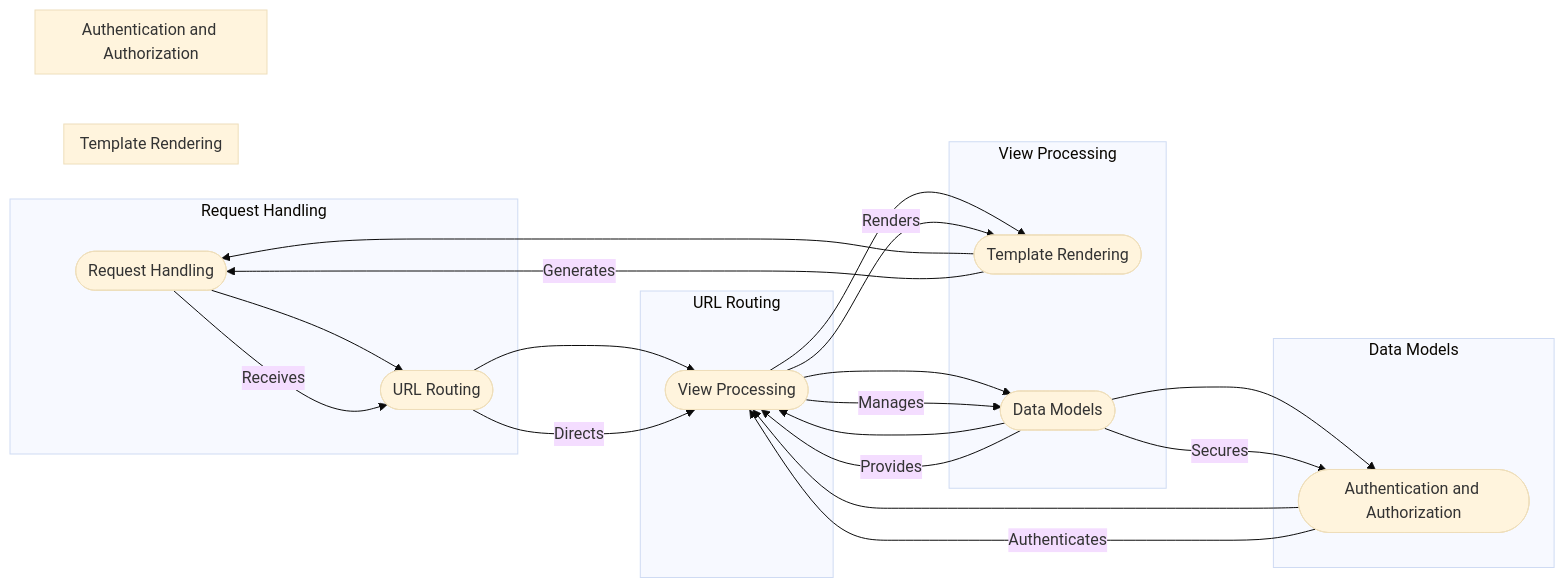
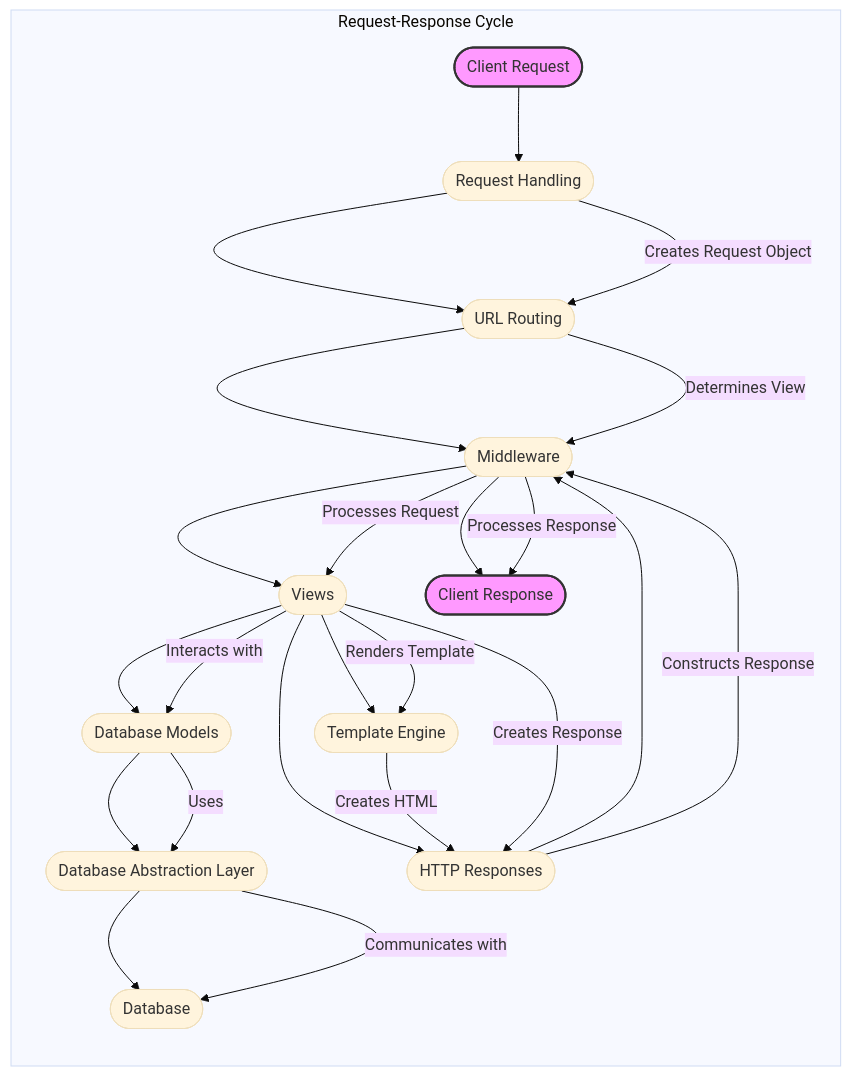
Before and after one commit to CodeBoarding/GeneratedOnBoardings: the diagram in django/on_boarding.md, drawn with Mermaid (base theme). The commit also changed other lines of this file and 12 other files, not shown here.

````diff
--- a/django/on_boarding.md
+++ b/django/on_boarding.md
@@ -5,41 +5,43 @@
 ```mermaid
 graph LR
-    subgraph Request Handling
-        RH([Request Handling]) --> URLR
-    end
-    subgraph URL Routing
-        URLR([URL Routing]) --> VP
-    end
-    subgraph View Processing
-        VP([View Processing]) --> TM
-        VP --> DM
-    end
-    subgraph Template Rendering
-        TM([Template Rendering]) --> RH
-    end
-    subgraph Data Models
-        DM([Data Models]) --> VP
-        DM --> Auth
-    end
-    subgraph Authentication and Authorization
-        Auth([Authentication and Authorization]) --> VP
+    subgraph Request-Response Cycle
+        A([Client Request]) --> B([Request Handling])
+        B --> C([URL Routing])
+        C --> D([Middleware])
+        D --> E([Views])
+        E --> F([Template Engine])
+        E --> G([Database Models])
+        G --> H([Database Abstraction Layer])
+        H --> I([Database])
+        E --> J([HTTP Responses])
+        J --> D
+        D --> K([Client Response])
     end
 
-    RH--Receives-->URLR
-    URLR--Directs-->VP
-    VP--Renders-->TM
-    VP--Manages-->DM
-    DM--Provides-->VP
-    TM--Generates-->RH
-    Auth--Authenticates-->VP
-    DM--Secures-->Auth
+    style A fill:#f9f,stroke:#333,stroke-width:2px
+    style K fill:#f9f,stroke:#333,stroke-width:2px
 
-click RH href "https://github.com/CodeBoarding/GeneratedOnBoardings/blob/main/django//Request%20Handling.md"
-click URLR href "https://github.com/CodeBoarding/GeneratedOnBoardings/blob/main/django//URL%20Routing.md"
-click VP href "https://github.com/CodeBoarding/GeneratedOnBoardings/blob/main/django//View%20Processing.md"
-click TM href "https://github.com/CodeBoarding/GeneratedOnBoardings/blob/main/django//Template%20Rendering.md"
-click DM href "https://github.com/CodeBoarding/GeneratedOnBoardings/blob/main/django//Data%20Models.md"
-click Auth href "https://github.com/CodeBoarding/GeneratedOnBoardings/blob/main/django//Authentication%20and%20Authorization.md"
+    B-- Creates Request Object --> C
+    C-- Determines View --> D
+    D-- Processes Request --> E
+    E-- Interacts with --> G
+    G-- Uses --> H
+    H-- Communicates with --> I
+    E-- Renders Template --> F
+    F-- Creates HTML --> J
+    E-- Creates Response --> J
+    J-- Constructs Response --> D
+    D-- Processes Response --> K
 
+click A href "https://github.com/CodeBoarding/GeneratedOnBoardings/blob/main/django//Request%20Handling.md"
+click B href "https://github.com/CodeBoarding/GeneratedOnBoardings/blob/main/django//Request%20Handling.md"
+click C href "https://github.com/CodeBoarding/GeneratedOnBoardings/blob/main/django//URL%20Routing.md"
+click D href "https://github.com/CodeBoarding/GeneratedOnBoardings/blob/main/django//Middleware.md"
+click E href "https://github.com/CodeBoarding/GeneratedOnBoardings/blob/main/django//Views.md"
+click F href "https://github.com/CodeBoarding/GeneratedOnBoardings/blob/main/django//Template%20Engine.md"
+click G href "https://github.com/CodeBoarding/GeneratedOnBoardings/blob/main/django//Database%20Models.md"
+click H href "https://github.com/CodeBoarding/GeneratedOnBoardings/blob/main/django//Database%20Abstraction%20Layer.md"
+click J href "https://github.com/CodeBoarding/GeneratedOnBoardings/blob/main/django//HTTP%20Responses.md"
+click K href "https://github.com/CodeBoarding/GeneratedOnBoardings/blob/main/django//Request%20Handling.md"
 
 ```
````
